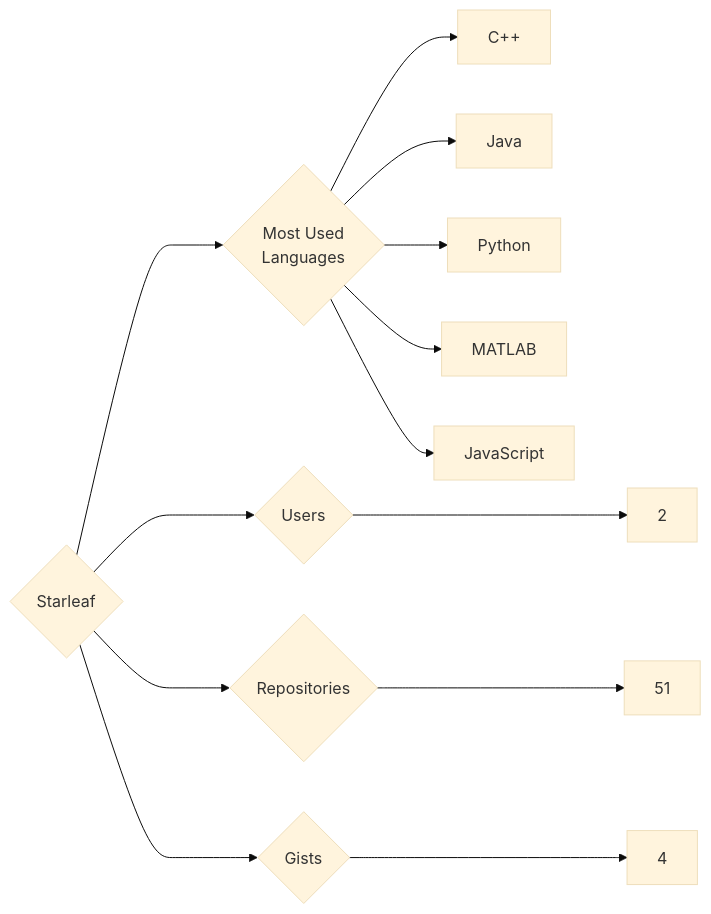
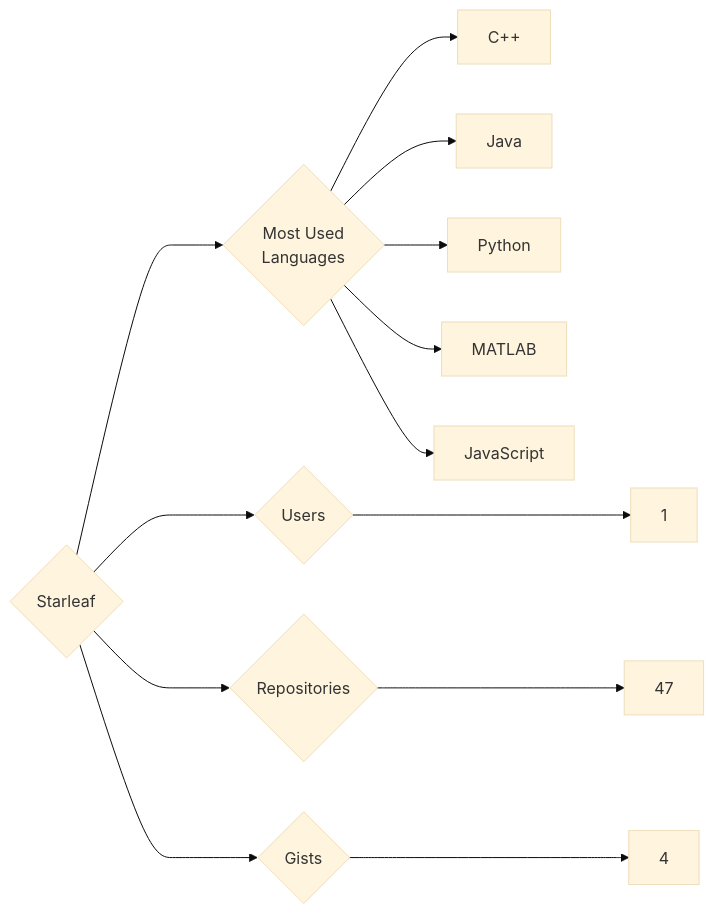
Before and after one commit to trickest/insiders: the diagram in targets/Starleaf/README.md, drawn with Mermaid (base theme). The commit also changed 877 other files, not shown here.

````diff
--- a/targets/Starleaf/README.md
+++ b/targets/Starleaf/README.md
@@ -3,13 +3,13 @@
 ```mermaid
 graph LR
 COMPANY_NAME{Starleaf}
-COMPANY_NAME ---> U{Users} ---> UN[2]
-COMPANY_NAME ---> R{Repositories} ---> RN[51]
+COMPANY_NAME ---> U{Users} ---> UN[1]
+COMPANY_NAME ---> R{Repositories} ---> RN[47]
 COMPANY_NAME ---> G{Gists} ---> GN[4]
 COMPANY_NAME ---> ML{Most Used<br>Languages}
 ML --> C++[C++]
 ML --> Java[Java]
 ML --> Python[Python]
 ML --> MATLAB[MATLAB]
 ML --> JavaScript[JavaScript]
 ```
````
